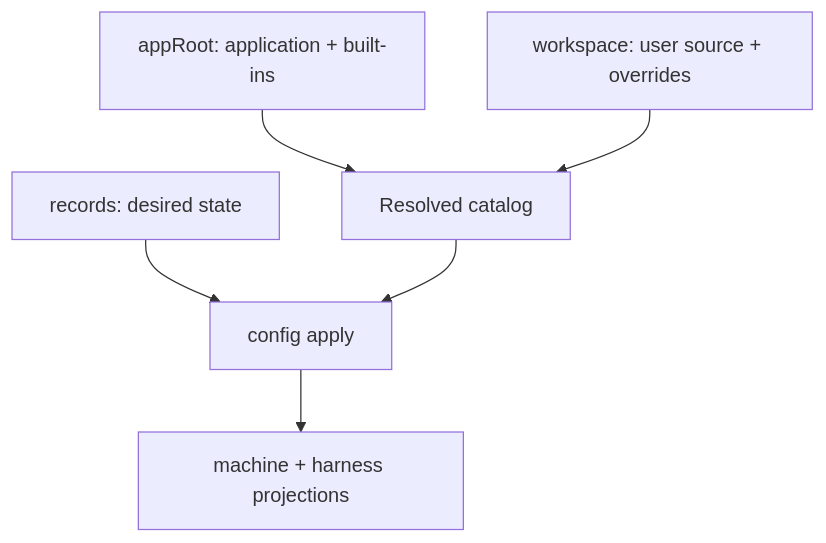
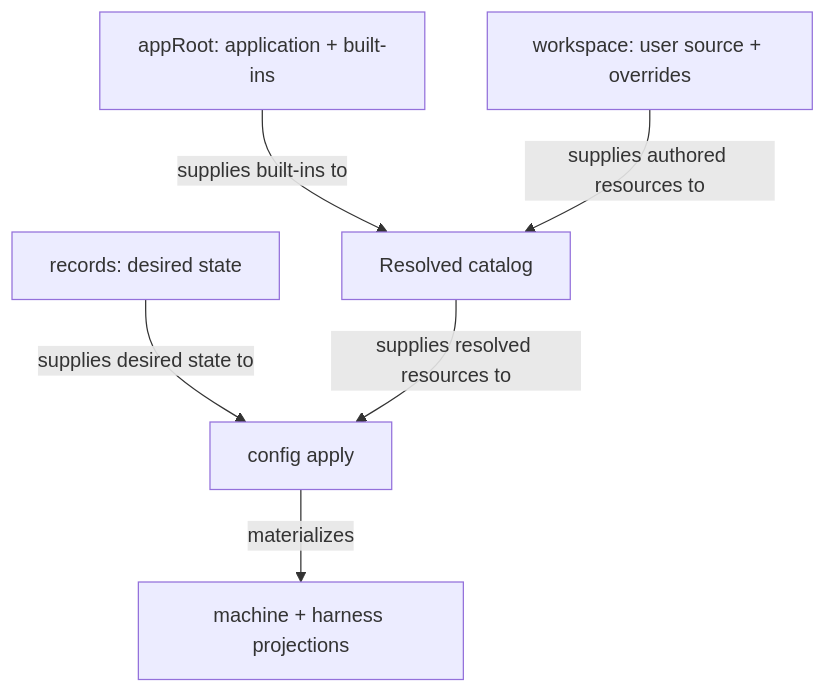
Before and after one commit to kirinmurphy/roborepo-alpha: the diagram in docs/plans/backlog/infra-portable-user-profile-backup.md, drawn with Mermaid. The commit also changed other lines of this file and 52 other files, not shown here.

````diff
--- a/docs/plans/backlog/infra-portable-user-profile-backup.md
+++ b/docs/plans/backlog/infra-portable-user-profile-backup.md
@@ -115,8 +111,8 @@
 ```mermaid
 flowchart TD
-  App["appRoot: application + built-ins"] --> Catalog["Resolved catalog"]
-  Work["workspace: user source + overrides"] --> Catalog
-  Records["records: desired state"] --> Apply["config apply"]
-  Catalog --> Apply
-  Apply --> Output["machine + harness projections"]
+  App["appRoot: application + built-ins"] -->|supplies built-ins to| Catalog["Resolved catalog"]
+  Work["workspace: user source + overrides"] -->|supplies authored resources to| Catalog
+  Records["records: desired state"] -->|supplies desired state to| Apply["config apply"]
+  Catalog -->|supplies resolved resources to| Apply
+  Apply -->|materializes| Output["machine + harness projections"]
 ```
````
